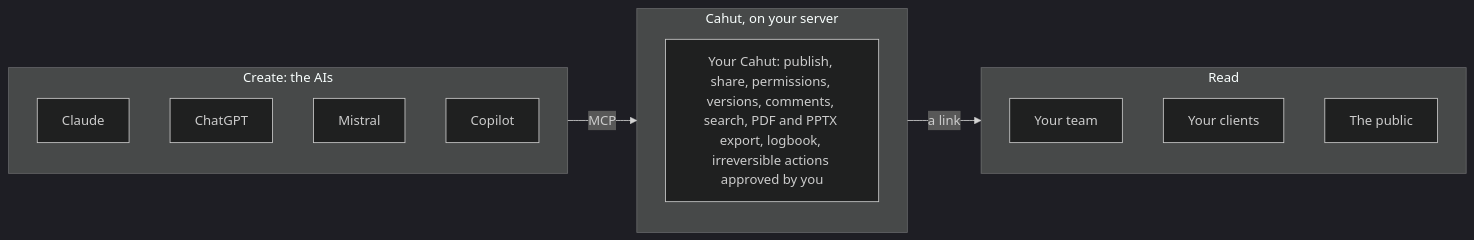
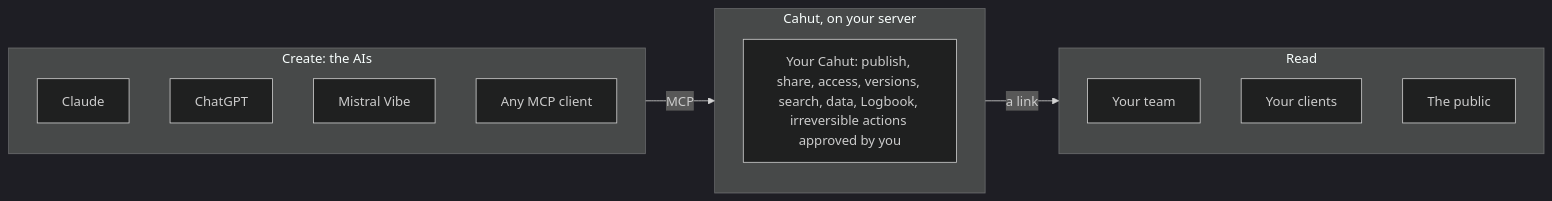
Before and after one commit to cahutcloud/cahut: the diagram in README.md, drawn with Mermaid (dark theme). The commit also changed other lines of this file, not shown here.

````diff
--- a/README.md
+++ b/README.md
@@ -67,19 +81,19 @@
 ```mermaid
 flowchart LR
   subgraph AI["Create: the AIs"]
     C[Claude]
     G[ChatGPT]
-    M[Mistral]
-    P[Copilot]
+    M[Mistral Vibe]
+    P[Any MCP client]
   end
   subgraph CAHUT["Cahut, on your server"]
-    H["Your Cahut: publish, share, permissions, versions, comments, search, PDF and PPTX export, logbook, irreversible actions approved by you"]
+    H["Your Cahut: publish, share, access, versions, search, data, Logbook, irreversible actions approved by you"]
   end
   subgraph READ["Read"]
     E[Your team]
     CL[Your clients]
     PU[The public]
   end
   AI -- MCP --> CAHUT
   CAHUT -- a link --> READ
 ```
````
